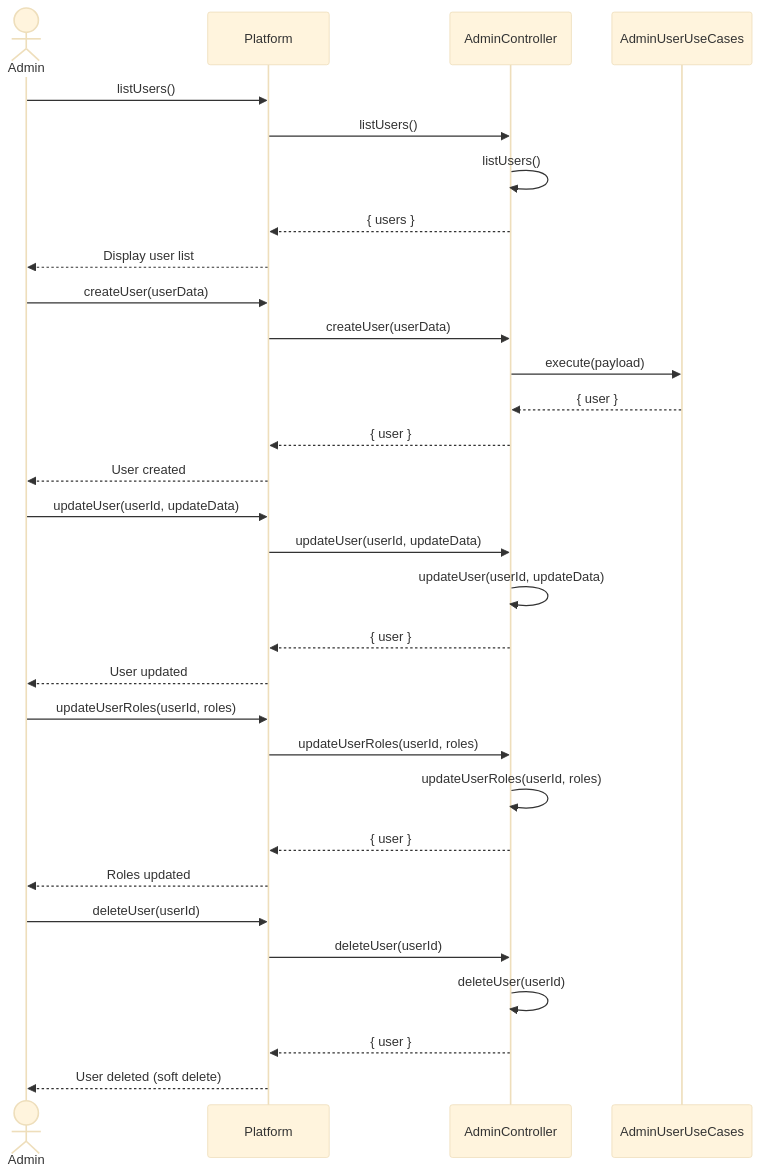
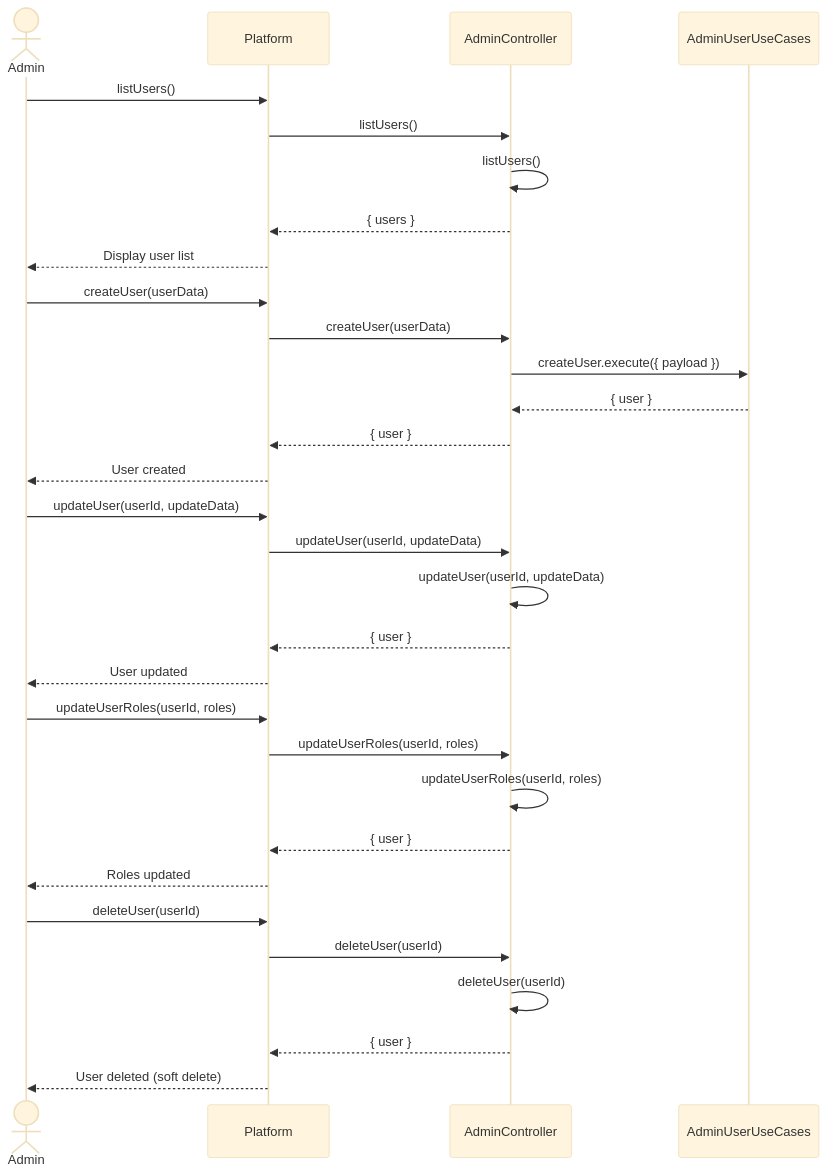
One commit to NovaLogic-Systems/gestArtes-docs changed diagram 12 of 23 in diagrams/Sequence Diagram/sequencediagram.md. Above: the diagram before and after it, drawn with Mermaid (base theme). The commit also changed other lines of this file and 4 other files, not shown here.

````diff
--- a/diagrams/Sequence Diagram/sequencediagram.md
+++ b/diagrams/Sequence Diagram/sequencediagram.md
@@ -452,38 +457,38 @@
 ```mermaid
 sequenceDiagram
     actor Admin
     participant Platform as Platform
     participant AdminController as AdminController
     participant AdminUserUseCases as AdminUserUseCases
 
     Admin->>Platform: listUsers()
     Platform->>AdminController: listUsers()
     AdminController->>AdminController: listUsers()
     AdminController-->>Platform: { users }
     Platform-->>Admin: Display user list
 
     Admin->>Platform: createUser(userData)
     Platform->>AdminController: createUser(userData)
-    AdminController->>AdminUserUseCases: execute(payload)
+    AdminController->>AdminUserUseCases: createUser.execute({ payload })
     AdminUserUseCases-->>AdminController: { user }
     AdminController-->>Platform: { user }
     Platform-->>Admin: User created
 
     Admin->>Platform: updateUser(userId, updateData)
     Platform->>AdminController: updateUser(userId, updateData)
     AdminController->>AdminController: updateUser(userId, updateData)
     AdminController-->>Platform: { user }
     Platform-->>Admin: User updated
 
     Admin->>Platform: updateUserRoles(userId, roles)
     Platform->>AdminController: updateUserRoles(userId, roles)
     AdminController->>AdminController: updateUserRoles(userId, roles)
     AdminController-->>Platform: { user }
     Platform-->>Admin: Roles updated
 
     Admin->>Platform: deleteUser(userId)
     Platform->>AdminController: deleteUser(userId)
     AdminController->>AdminController: deleteUser(userId)
     AdminController-->>Platform: { user }
     Platform-->>Admin: User deleted (soft delete)
 ```
````
